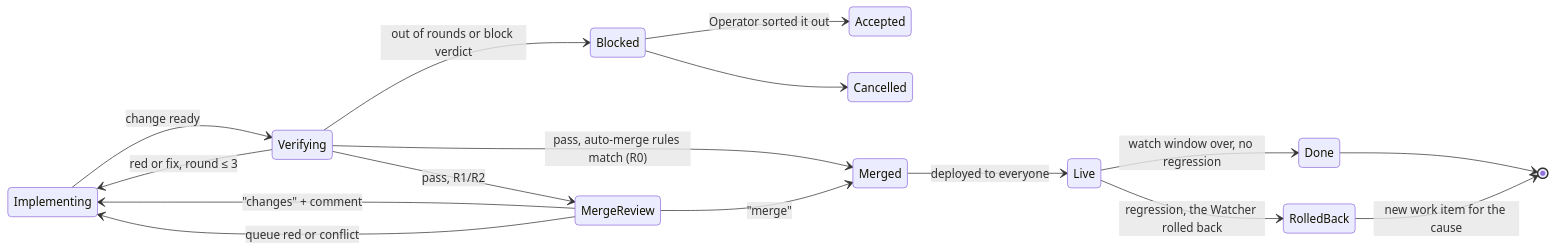
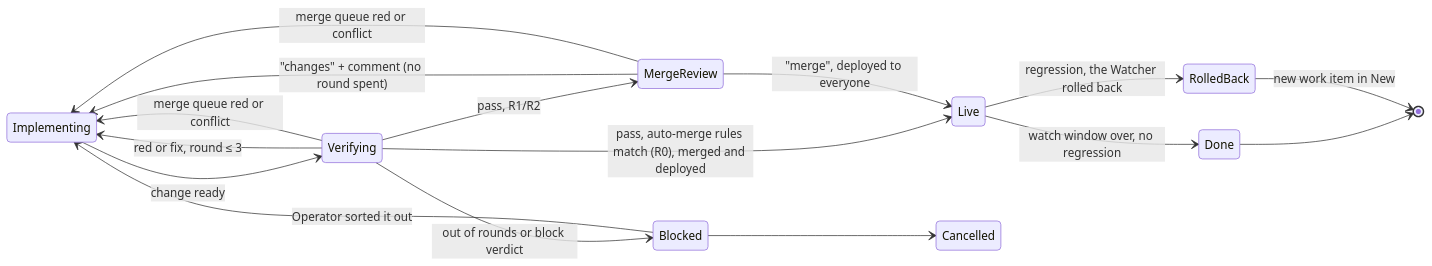
One commit to redikultsev/agentic-sdlc-atlas changed the second of 2 diagrams in docs/states.md. Above: the diagram before and after it, drawn with Mermaid. The commit also changed other lines of this file and 5 other files, not shown here.

````diff
--- a/docs/states.md
+++ b/docs/states.md
@@ -31,19 +28,19 @@
 ```mermaid
 stateDiagram-v2
   direction LR
   Implementing --> Verifying: change ready
   Verifying --> Implementing: red or fix, round ≤ 3
   Verifying --> Blocked: out of rounds or block verdict
-  Verifying --> Merged: pass, auto-merge rules match (R0)
+  Verifying --> Live: pass, auto-merge rules match (R0), merged and deployed
   Verifying --> MergeReview: pass, R1/R2
-  MergeReview --> Implementing: "changes" + comment
-  MergeReview --> Merged: "merge"
-  MergeReview --> Implementing: queue red or conflict
-  Merged --> Live: deployed to everyone
+  MergeReview --> Implementing: "changes" + comment (no round spent)
+  MergeReview --> Live: "merge", deployed to everyone
+  Verifying --> Implementing: merge queue red or conflict
+  MergeReview --> Implementing: merge queue red or conflict
   Live --> Done: watch window over, no regression
   Live --> RolledBack: regression, the Watcher rolled back
-  Blocked --> Accepted: Operator sorted it out
+  Blocked --> Implementing: Operator sorted it out
   Blocked --> Cancelled
   Done --> [*]
-  RolledBack --> [*]: new work item for the cause
+  RolledBack --> [*]: new work item in New
 ```
````
